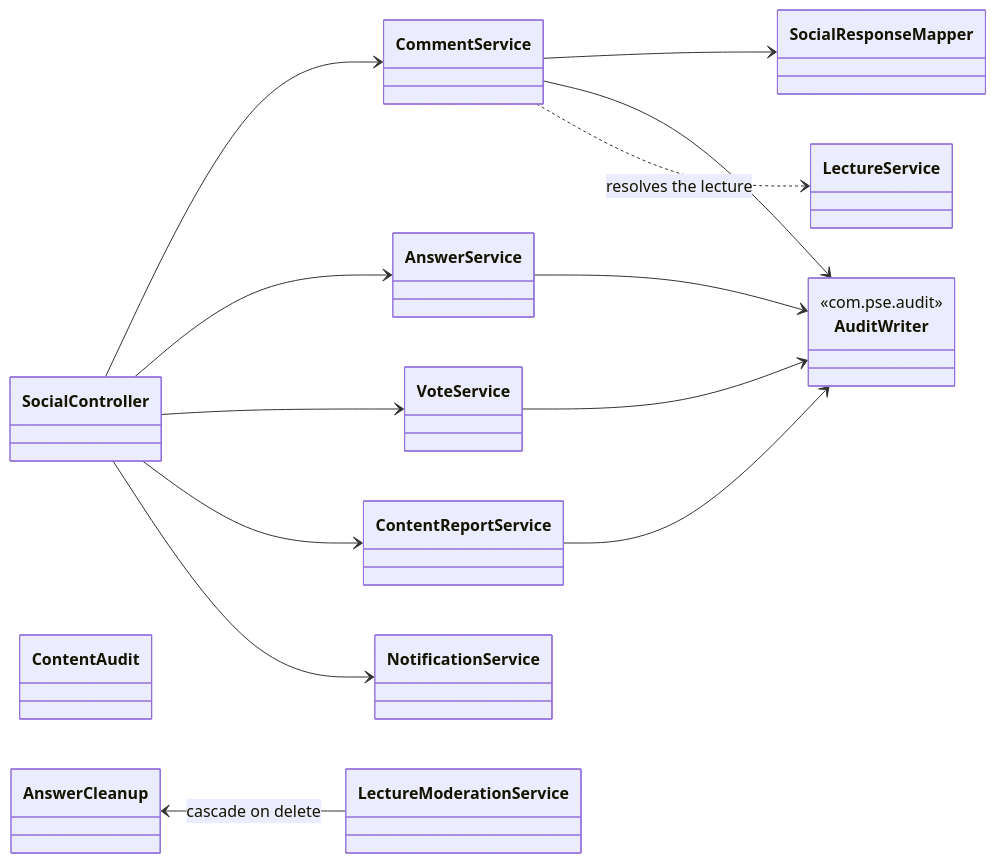
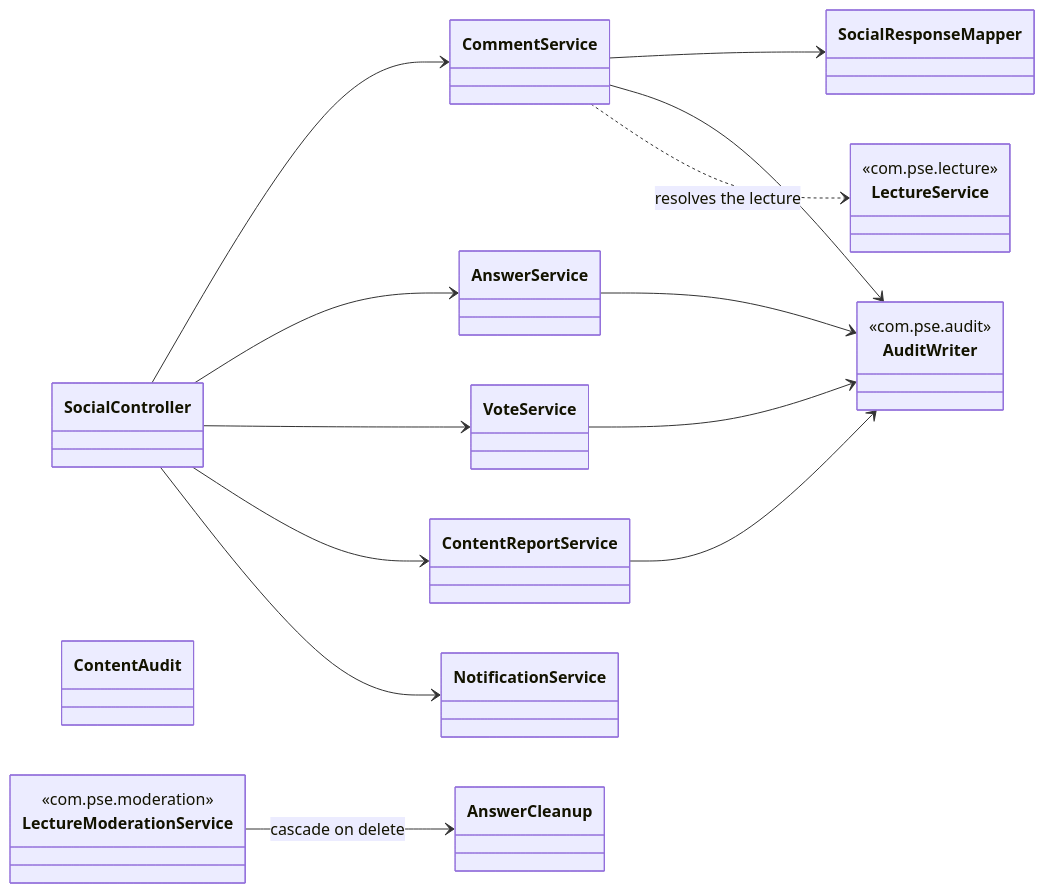
The second of 6 diagrams in backend/docs/class-diagrams.md (AlparslanSemiz/rate-my-professor), drawn with Mermaid before and after one commit. The commit also changed other lines of this file, not shown here.

Commit message:
correct the class diagrams

````diff
--- a/backend/docs/class-diagrams.md
+++ b/backend/docs/class-diagrams.md
@@ -146,34 +186,40 @@
 ```mermaid
 classDiagram
     direction LR
 
     class SocialController
 
     class CommentService
     class AnswerService
     class VoteService
     class ContentReportService
     class NotificationService
 
     class SocialResponseMapper
     class ContentAudit
     class AnswerCleanup
+    class LectureService {
+        <<com.pse.lecture>>
+    }
+    class LectureModerationService {
+        <<com.pse.moderation>>
+    }
     class AuditWriter {
         <<com.pse.audit>>
     }
 
     SocialController --> CommentService
     SocialController --> AnswerService
     SocialController --> VoteService
     SocialController --> ContentReportService
     SocialController --> NotificationService
 
     CommentService --> SocialResponseMapper
     CommentService --> AuditWriter
     AnswerService --> AuditWriter
     VoteService --> AuditWriter
     ContentReportService --> AuditWriter
 
     CommentService ..> LectureService : resolves the lecture
-    AnswerCleanup <-- LectureModerationService : cascade on delete
+    LectureModerationService --> AnswerCleanup : cascade on delete
 ```
````
